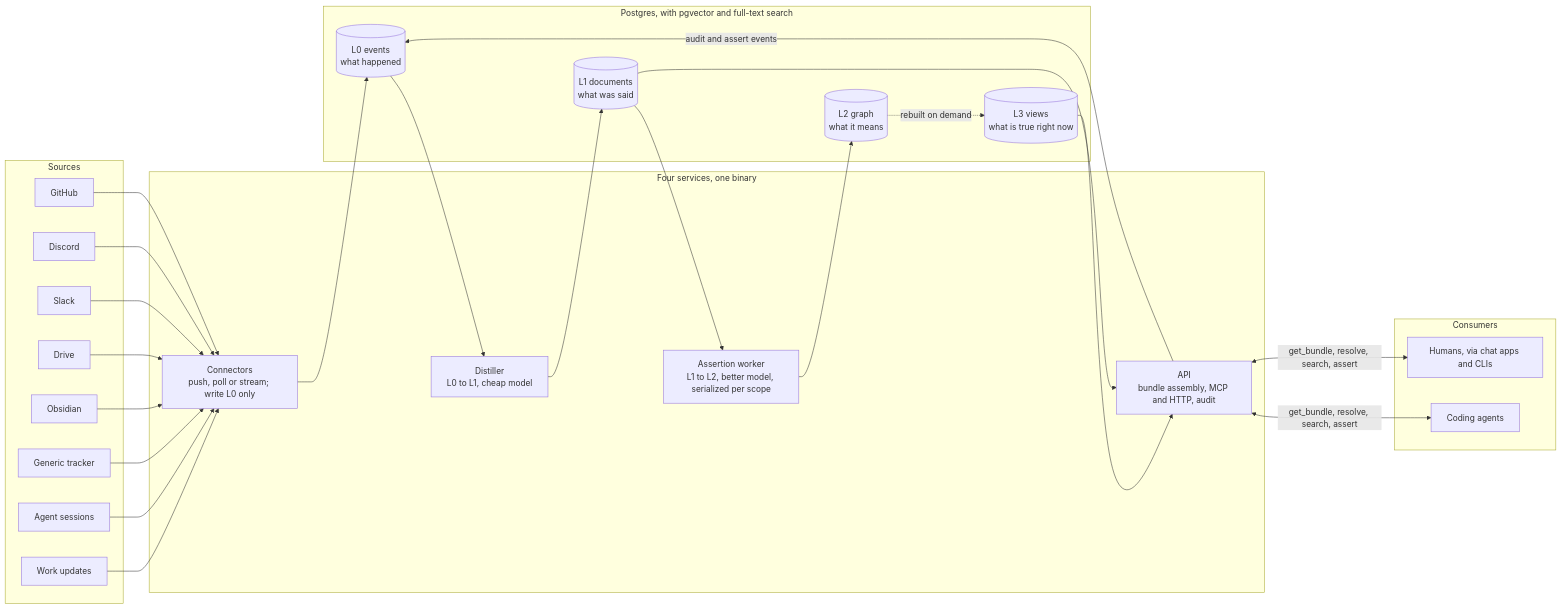
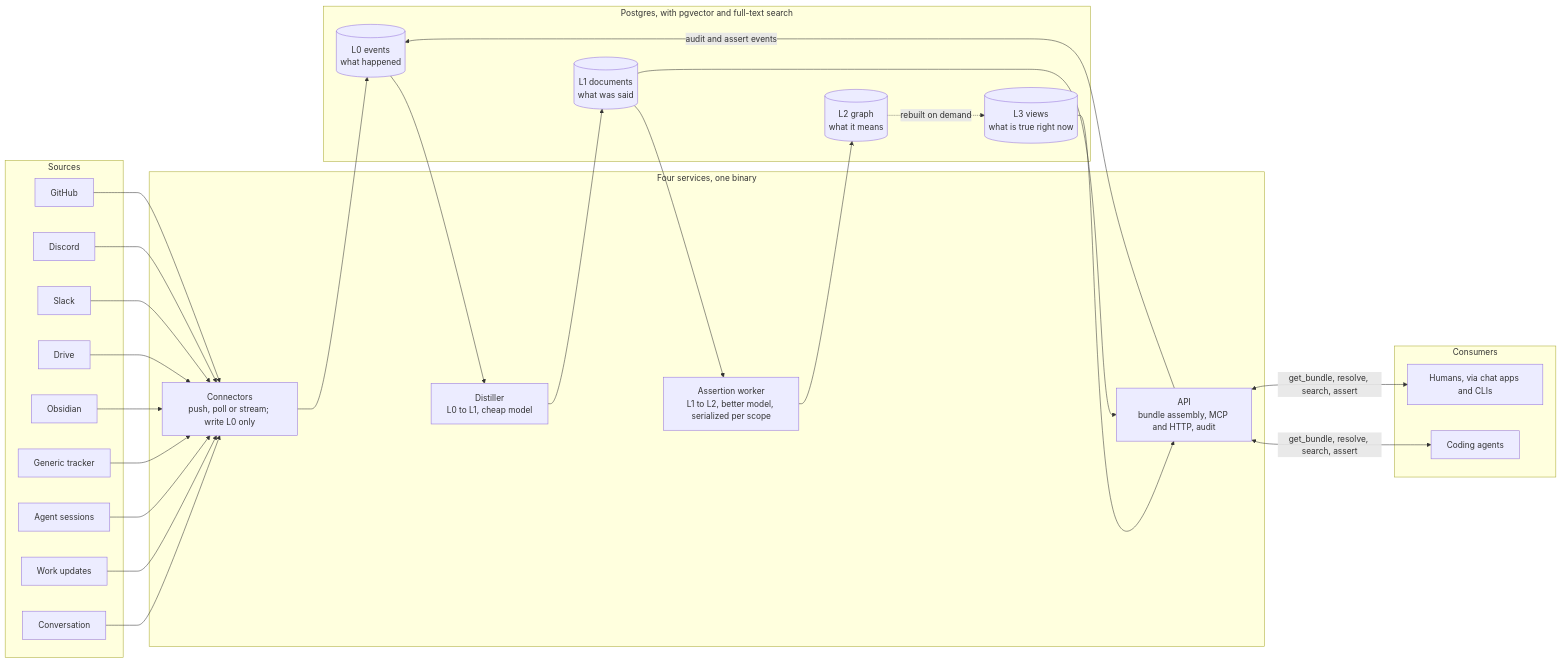
One commit to kpenfound/hearsay changed the diagram in README.md. Above: the diagram before and after it, drawn with Mermaid. The commit also changed other lines of this file and 61 other files, not shown here.

````diff
--- a/README.md
+++ b/README.md
@@ -33,42 +33,43 @@
 ```mermaid
 flowchart LR
     subgraph sources["Sources"]
         GH["GitHub"]
         Discord["Discord"]
         Slack["Slack"]
         Drive["Drive"]
         Obsidian["Obsidian"]
         Tracker["Generic tracker"]
         Sessions["Agent sessions"]
         Work["Work updates"]
+        Conversation["Conversation"]
     end
 
     subgraph services["Four services, one binary"]
         C["Connectors<br/>push, poll or stream; write L0 only"]
         D["Distiller<br/>L0 to L1, cheap model"]
         A["Assertion worker<br/>L1 to L2, better model, serialized per scope"]
         API["API<br/>bundle assembly, MCP and HTTP, audit"]
     end
 
     subgraph pg["Postgres, with pgvector and full-text search"]
         L0[("L0 events<br/>what happened")]
         L1[("L1 documents<br/>what was said")]
         L2[("L2 graph<br/>what it means")]
         L3[("L3 views<br/>what is true right now")]
     end
 
     subgraph consumers["Consumers"]
         Agent["Coding agents"]
         Human["Humans, via chat apps and CLIs"]
     end
 
-    GH & Discord & Slack & Drive & Obsidian & Tracker & Sessions & Work --> C
+    GH & Discord & Slack & Drive & Obsidian & Tracker & Sessions & Work & Conversation --> C
     C --> L0
     L0 --> D --> L1
     L1 --> A --> L2
     L2 -. "rebuilt on demand" .-> L3
     L3 --> API
     L1 --> API
     API -- "audit and assert events" --> L0
     API <-- "get_bundle, resolve, search, assert" --> Agent & Human
 ```
````
